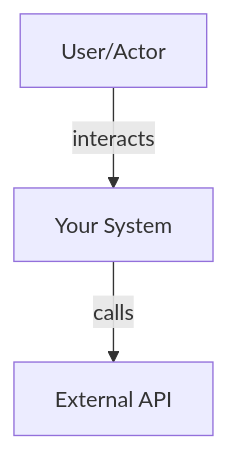
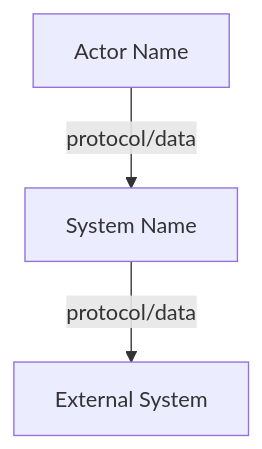
The first of 4 diagrams in resources/templates/ARCHITECTURE-TEMPLATE.md (TylerJPresley/voidrift), drawn with Mermaid before and after one commit. The commit also changed other lines of this file and 1 other file, not shown here.

First line of the commit message:
feat: architecture template to arc42 standard, REQ-P-10 references template

````diff
--- a/resources/templates/ARCHITECTURE-TEMPLATE.md
+++ b/resources/templates/ARCHITECTURE-TEMPLATE.md
@@ -20,9 +33,6 @@
 ```mermaid
 graph TB
-    User[User/Actor]
-    System[Your System]
-    ExtAPI[External API]
-    
-    User -->|interacts| System
-    System -->|calls| ExtAPI
+    %% Replace with actual actors and system
+    Actor[Actor Name] -->|protocol/data| System[System Name]
+    System -->|protocol/data| External[External System]
 ```
````
